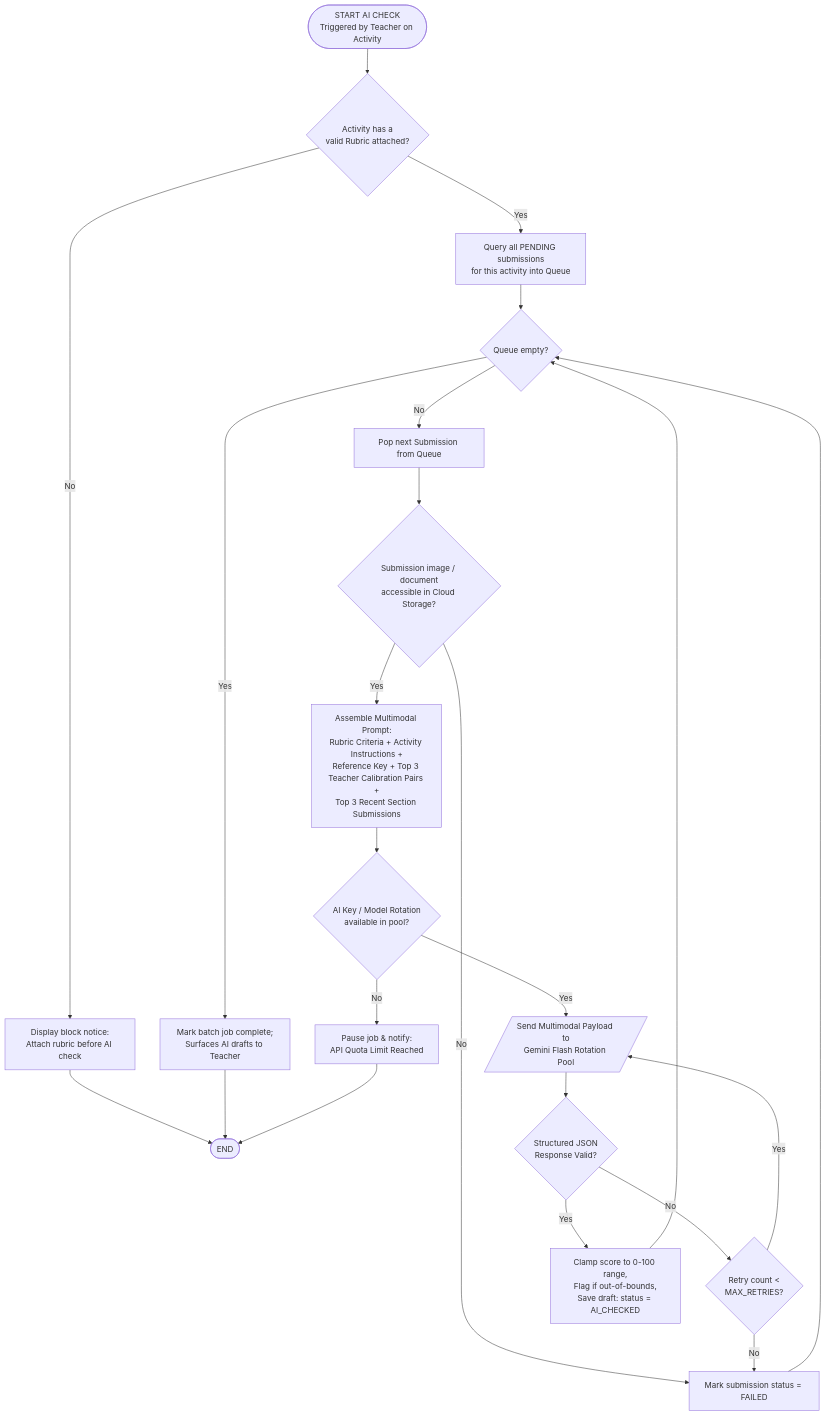
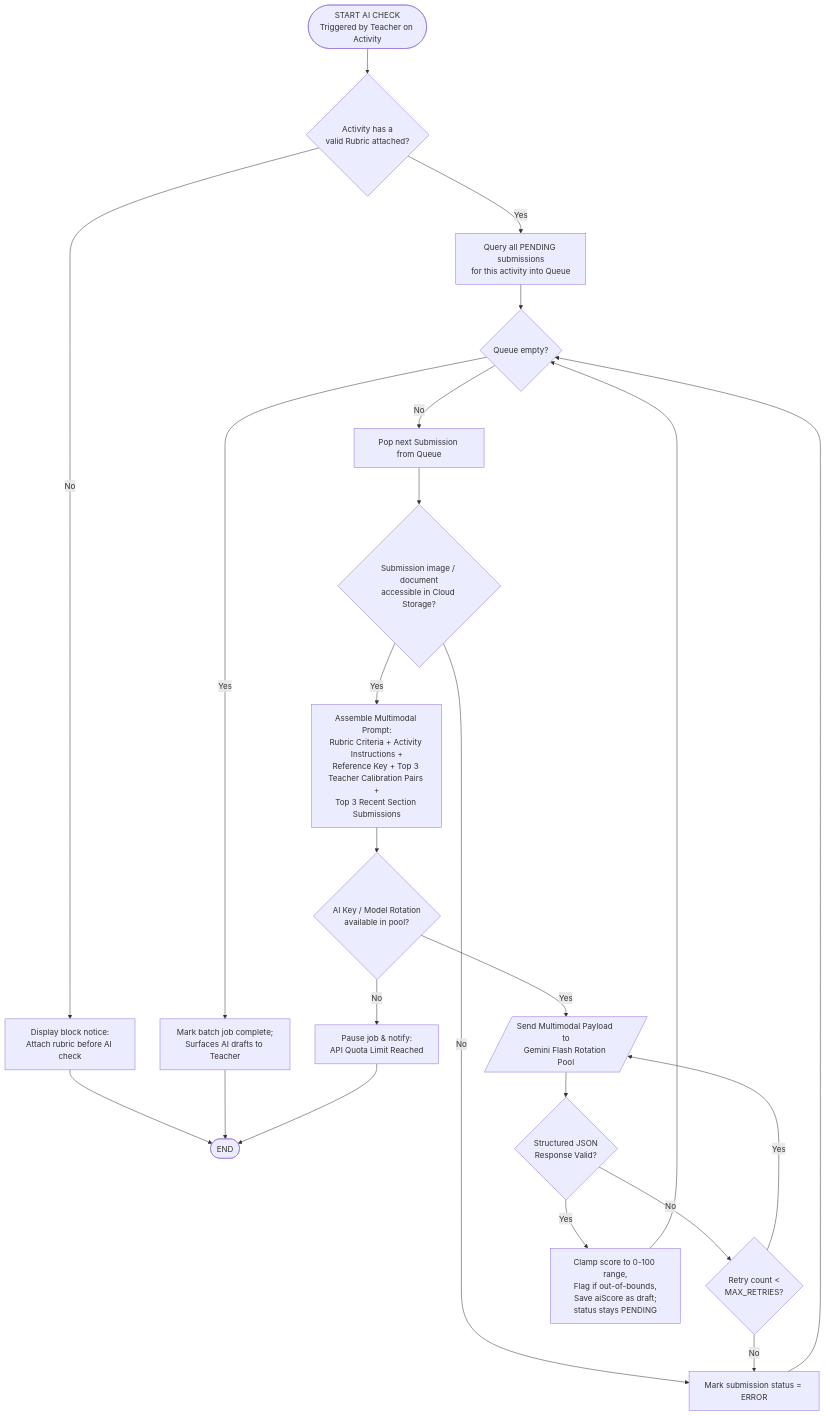
The second of 2 diagrams in docs/SYSTEM-FLOWCHART-AND-PSEUDOCODE.md (Damudachi/TulongGuro), drawn with Mermaid before and after one commit. The commit also changed other lines of this file and 17 other files, not shown here.

````diff
--- a/docs/SYSTEM-FLOWCHART-AND-PSEUDOCODE.md
+++ b/docs/SYSTEM-FLOWCHART-AND-PSEUDOCODE.md
@@ -105,25 +105,25 @@
 ```mermaid
 flowchart TD
     A([START AI CHECK<br/>Triggered by Teacher on Activity]) --> C{Activity has a<br/>valid Rubric attached?}
     C -- No --> D[Display block notice:<br/>Attach rubric before AI check]
     D --> Z([END])
     C -- Yes --> E[Query all PENDING submissions<br/>for this activity into Queue]
     E --> F{Queue empty?}
     F -- Yes --> Y[Mark batch job complete;<br/>Surfaces AI drafts to Teacher]
     Y --> Z
     F -- No --> G[Pop next Submission from Queue]
     G --> H{Submission image / document<br/>accessible in Cloud Storage?}
-    H -- No --> I[Mark submission status = FAILED]
+    H -- No --> I[Mark submission status = ERROR]
     I --> F
     H -- Yes --> J[Assemble Multimodal Prompt:<br/>Rubric Criteria + Activity Instructions +<br/>Reference Key + Top 3 Teacher Calibration Pairs +<br/>Top 3 Recent Section Submissions]
     J --> K{AI Key / Model Rotation<br/>available in pool?}
     K -- No --> L[Pause job & notify:<br/>API Quota Limit Reached]
     L --> Z
     K -- Yes --> M[/Send Multimodal Payload to<br/>Gemini Flash Rotation Pool/]
     M --> N{Structured JSON<br/>Response Valid?}
     N -- No --> O{Retry count <<br/>MAX_RETRIES?}
     O -- Yes --> M
     O -- No --> I
-    N -- Yes --> Q[Clamp score to 0-100 range,<br/>Flag if out-of-bounds,<br/>Save draft: status = AI_CHECKED]
+    N -- Yes --> Q[Clamp score to 0-100 range,<br/>Flag if out-of-bounds,<br/>Save aiScore as draft;<br/>status stays PENDING]
     Q --> F
 ```
````
